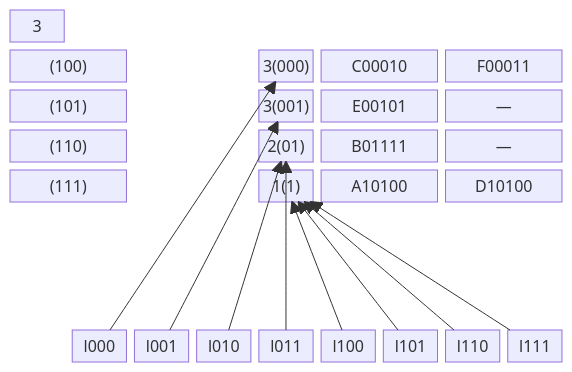
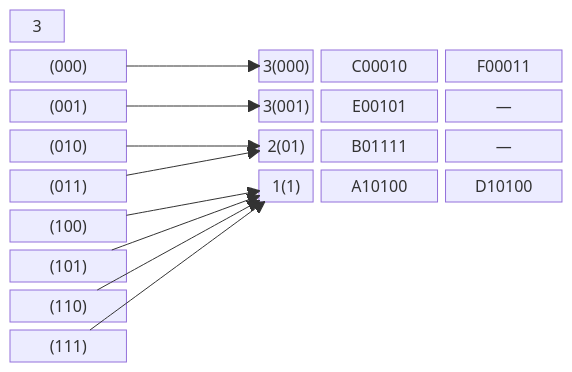
Diagram 23 of 24 in Assuntos/busca-ext.md (BenhurUFSM/pod26b), drawn with Mermaid before and after one commit. The commit also changed other lines of this file, not shown here.

Commit message:
corrige desenhos

````diff
--- a/Assuntos/busca-ext.md
+++ b/Assuntos/busca-ext.md
@@ -551,21 +551,21 @@
 ```mermaid
 block
   columns 9
   nl["3"] space  space:2  space:5
-  l00["(000)"]:2    space:2  n000["3(000)"] b000a["C00010"]:2 b000b["F00011"]:2
-  l01["(001)"]:2    space:2  n001["3(001)"] b001a["E00101"]:2 b001b["—"]:2
-  l10["(010)"]:2    space:2  n01["2(01)"] b01a["B01111"]:2 b01b["—"]:2
-  l11["(011)"]:2    space:2  n1["1(1)"] b1a["A10100"]:2 b1b["D10100"]:2
-  l00["(100)"]:2    space:2  space:5
-  l01["(101)"]:2    space:2  space:5
-  l10["(110)"]:2    space:2  space:5
-  l11["(111)"]:2    space:2  space:5
+  l000["(000)"]:2    space:2  n000["3(000)"] b000a["C00010"]:2 b000b["F00011"]:2
+  l001["(001)"]:2    space:2  n001["3(001)"] b001a["E00101"]:2 b001b["—"]:2
+  l010["(010)"]:2    space:2  n01["2(01)"] b01a["B01111"]:2 b01b["—"]:2
+  l011["(011)"]:2    space:2  n1["1(1)"] b1a["A10100"]:2 b1b["D10100"]:2
+  l100["(100)"]:2    space:2  space:5
+  l101["(101)"]:2    space:2  space:5
+  l110["(110)"]:2    space:2  space:5
+  l111["(111)"]:2    space:2  space:5
   l000-->n000
   l001-->n001
   l010-->n01
   l011-->n01
   l100-->n1
   l101-->n1
   l110-->n1
   l111-->n1
 ```
````
